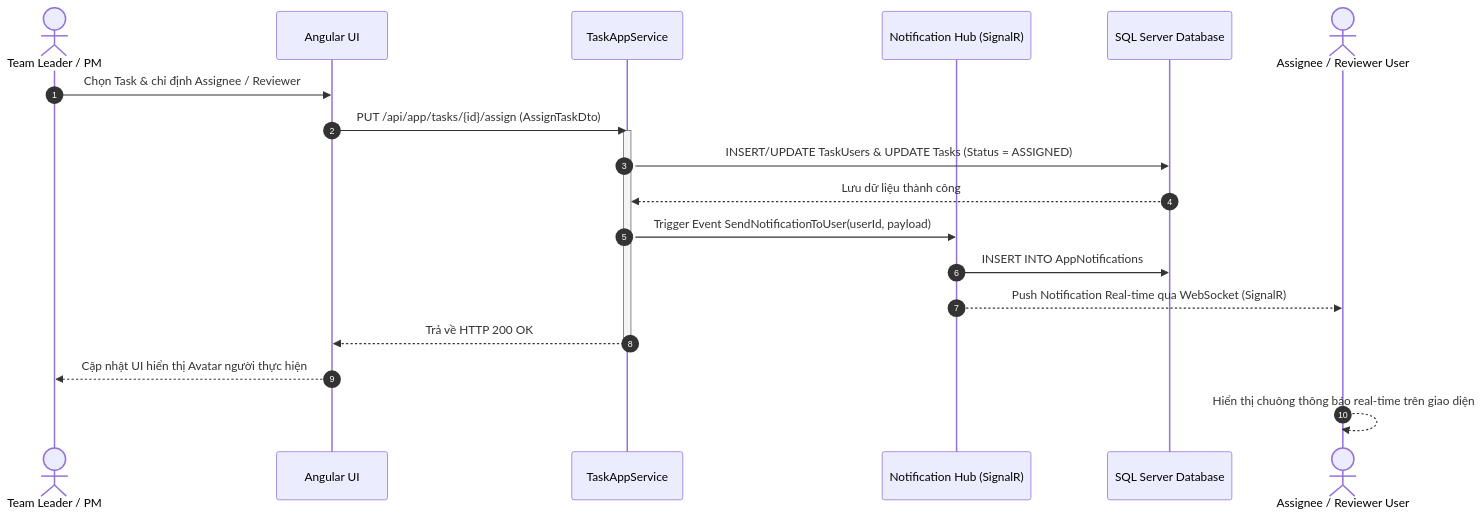
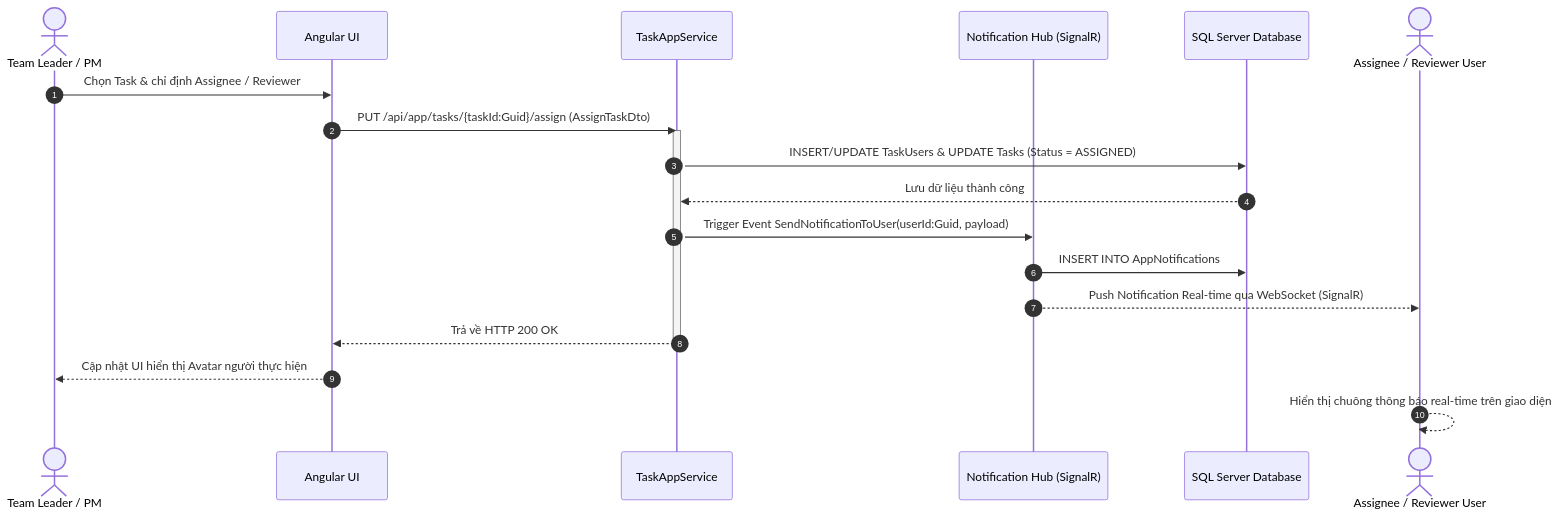
One commit to anhhthuu2404/task-management changed the sixth of 13 diagrams in document/Design_Diagrams.md. Above: the diagram before and after it, drawn with Mermaid. The commit also changed other lines of this file, not shown here.

````diff
--- a/document/Design_Diagrams.md
+++ b/document/Design_Diagrams.md
@@ -379,27 +379,27 @@
 ```mermaid
 sequenceDiagram
     autonumber
     actor TL as Team Leader / PM
     participant UI as Angular UI
     participant AppSrv as TaskAppService
     participant NotifHub as Notification Hub (SignalR)
     participant DB as SQL Server Database
     actor Emp as Assignee / Reviewer User
 
     TL->>UI: Chọn Task & chỉ định Assignee / Reviewer
-    UI->>AppSrv: PUT /api/app/tasks/{id}/assign (AssignTaskDto)
+    UI->>AppSrv: PUT /api/app/tasks/{taskId:Guid}/assign (AssignTaskDto)
     activate AppSrv
 
     AppSrv->>DB: INSERT/UPDATE TaskUsers & UPDATE Tasks (Status = ASSIGNED)
     DB-->>AppSrv: Lưu dữ liệu thành công
 
-    AppSrv->>NotifHub: Trigger Event SendNotificationToUser(userId, payload)
+    AppSrv->>NotifHub: Trigger Event SendNotificationToUser(userId:Guid, payload)
     NotifHub->>DB: INSERT INTO AppNotifications
     NotifHub-->>Emp: Push Notification Real-time qua WebSocket (SignalR)
 
     AppSrv-->>UI: Trả về HTTP 200 OK
     deactivate AppSrv
 
     UI-->>TL: Cập nhật UI hiển thị Avatar người thực hiện
     Emp-->>Emp: Hiển thị chuông thông báo real-time trên giao diện
 ```
````
